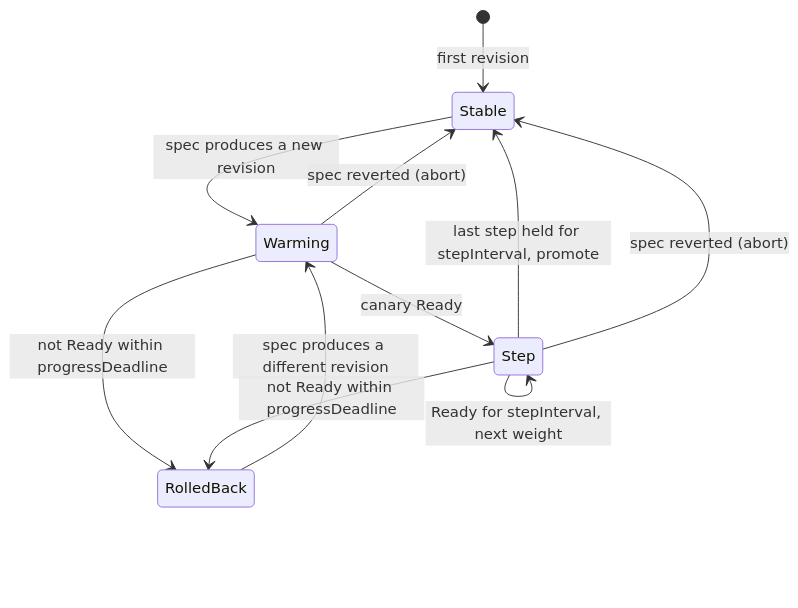
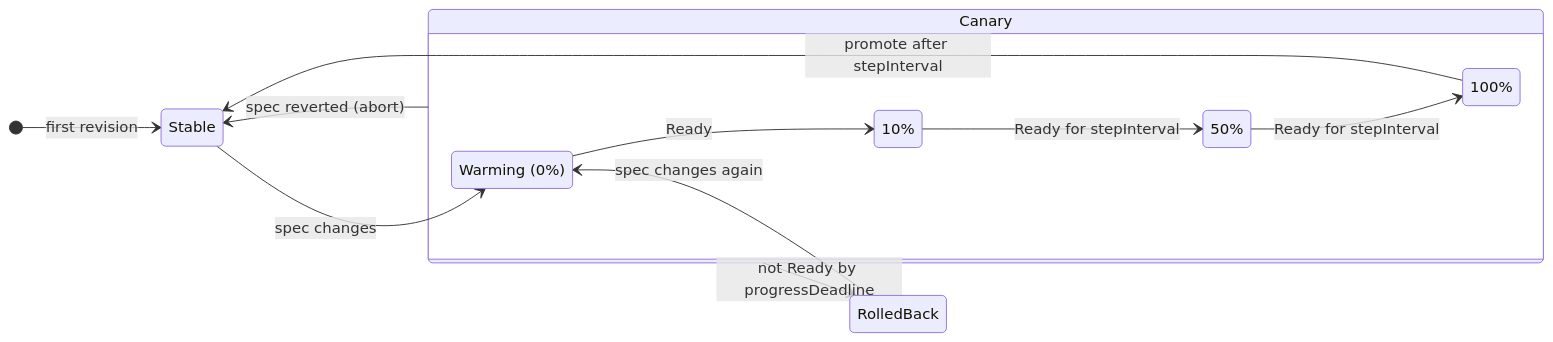
The fourth of 5 diagrams in README.md (nitishsjsucs/llm-deployment-operator), drawn with Mermaid before and after one commit. The commit also changed other lines of this file and 13 other files, not shown here.

First line of the commit message:
Rewrite README around diagrams; move design detail to docs/

````diff
--- a/README.md
+++ b/README.md
@@ -444,13 +126,20 @@
 ```mermaid
 stateDiagram-v2
+    direction LR
     [*] --> Stable: first revision
-    Stable --> Warming: spec produces a new revision
-    Warming --> Step: canary Ready
-    Step --> Step: Ready for stepInterval, next weight
-    Step --> Stable: last step held for stepInterval, promote
-    Warming --> RolledBack: not Ready within progressDeadline
-    Step --> RolledBack: not Ready within progressDeadline
-    RolledBack --> Warming: spec produces a different revision
-    Warming --> Stable: spec reverted (abort)
-    Step --> Stable: spec reverted (abort)
+    Stable --> Warming: spec changes
+    state Canary {
+        direction LR
+        Warming: Warming (0%)
+        S10: 10%
+        S50: 50%
+        S100: 100%
+        Warming --> S10: Ready
+        S10 --> S50: Ready for stepInterval
+        S50 --> S100: Ready for stepInterval
+    }
+    S100 --> Stable: promote after stepInterval
+    Canary --> Stable: spec reverted (abort)
+    Canary --> RolledBack: not Ready by progressDeadline
+    RolledBack --> Warming: spec changes again
 ```
````
